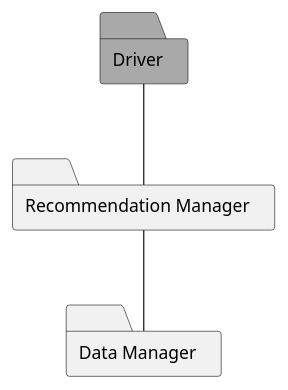
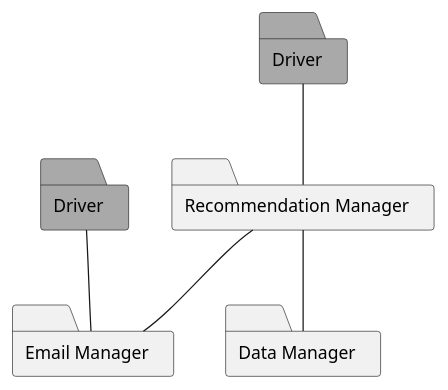
Before and after one commit to matti8702/R_and_DD_project_SE2: the diagram in DD/Implementation_integration_and_test_plan/uml_diagrams/recommendations.puml, drawn with PlantUML. The commit also changed 16 other files, not shown here.

Commit message:
refactor: move the developement of the Email Manager from the "Login and Registration" feature to "Recommendations" feature

```diff
--- a/DD/Implementation_integration_and_test_plan/uml_diagrams/recommendations.puml
+++ b/DD/Implementation_integration_and_test_plan/uml_diagrams/recommendations.puml
@@ -1,9 +1,13 @@
 @startuml feat1
 
 folder RM as "Recommendation Manager"
 folder DM as "Data Manager"
+folder EM as "Email Manager"
 folder D as "Driver" #DarkGray
+folder DE as "Driver" #DarkGray
 
+DE -- EM
 D -- RM
+RM -- EM 
 RM -- DM
 @enduml
```
